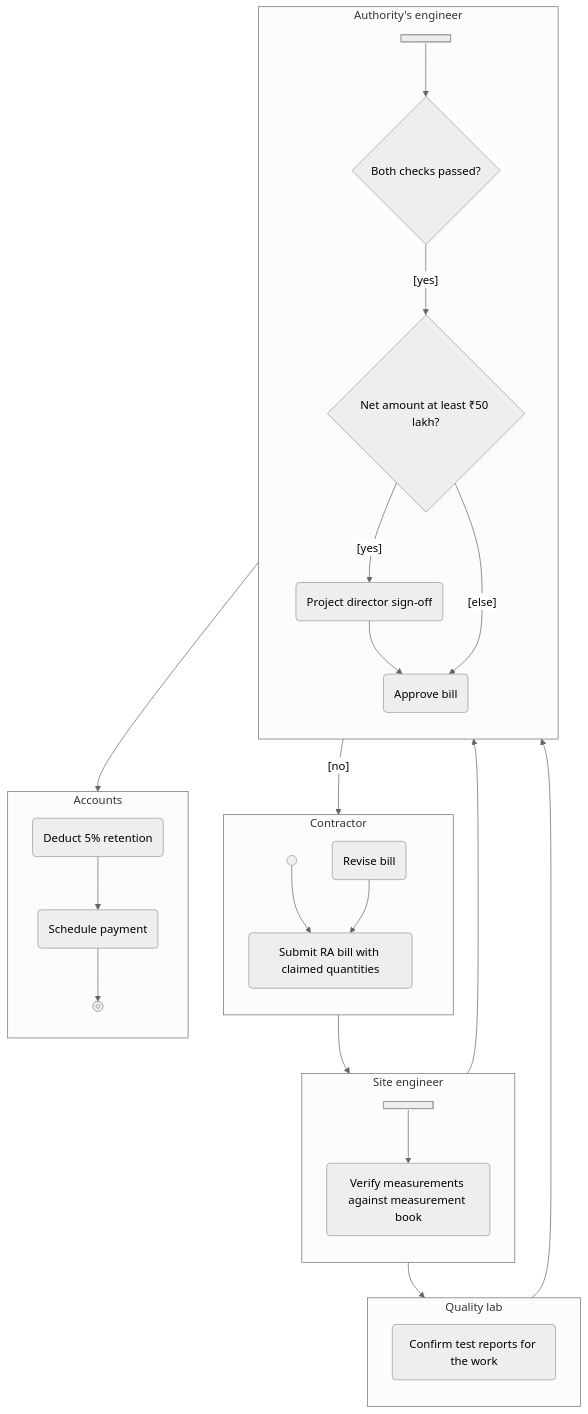
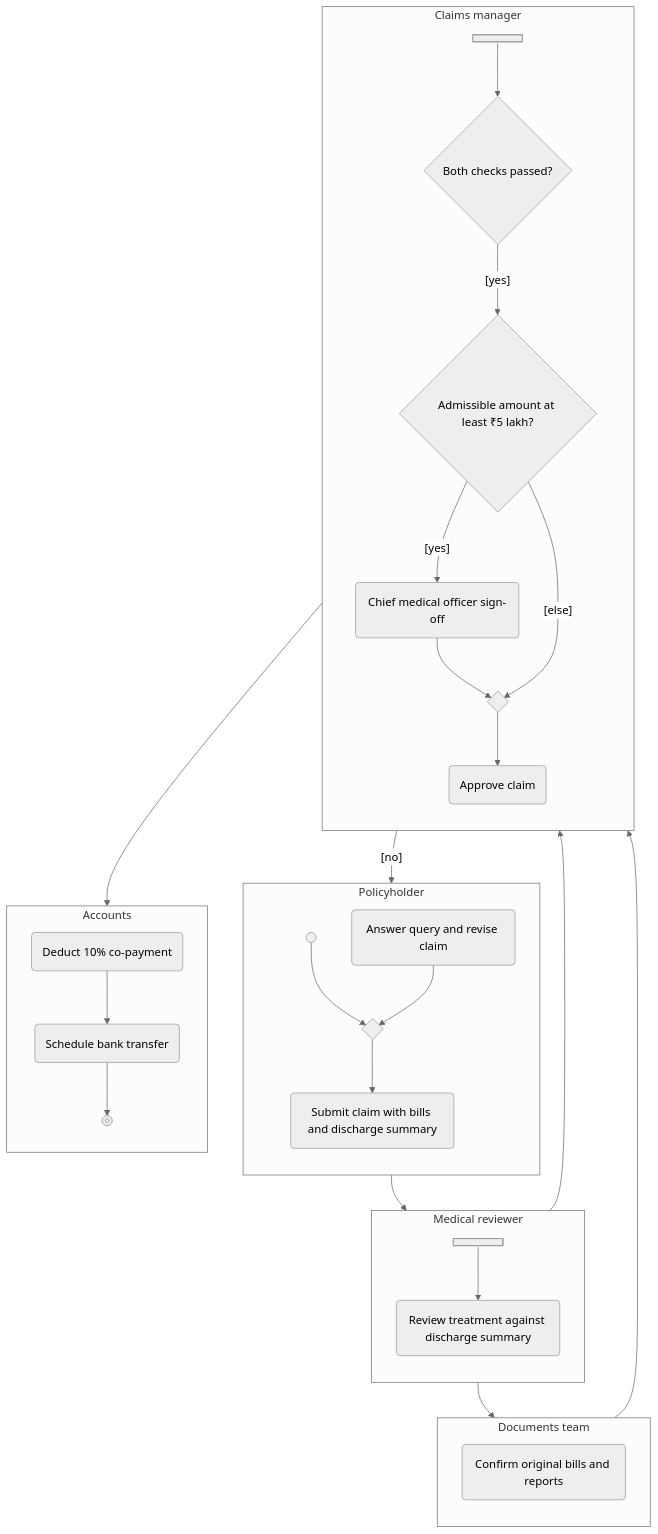
One commit to rizwi0786/system-design-lab changed the second of 8 diagrams in content/lessons/m05/m05-activity-diagrams.md. Above: the diagram before and after it, drawn with Mermaid (neutral theme). The commit also changed other lines of this file and 334 other files, not shown here.

````diff
--- a/content/lessons/m05/m05-activity-diagrams.md
+++ b/content/lessons/m05/m05-activity-diagrams.md
@@ -264,45 +266,47 @@
 ```mermaid
 flowchart TD
-    subgraph contractor["Contractor"]
+    subgraph holder["Policyholder"]
         direction TB
         start@{ shape: sm-circ }
-        submit("Submit RA bill with claimed quantities")
-        revise("Revise bill")
+        mSubmit{" "}
+        submit("Submit claim with bills and discharge summary")
+        revise("Answer query and revise claim")
     end
-    subgraph site["Site engineer"]
+    subgraph medical["Medical reviewer"]
         direction TB
         forkChecks@{ shape: fork }
-        verify("Verify measurements against measurement book")
+        review("Review treatment against discharge summary")
     end
-    subgraph lab["Quality lab"]
+    subgraph docs["Documents team"]
         direction TB
-        tests("Confirm test reports for the work")
+        papers("Confirm original bills and reports")
     end
-    subgraph ae["Authority's engineer"]
+    subgraph manager["Claims manager"]
         direction TB
         joinChecks@{ shape: fork }
         ok{"Both checks passed?"}
-        big{"Net amount at least ₹50 lakh?"}
-        pd("Project director sign-off")
-        approve("Approve bill")
+        big{"Admissible amount at least ₹5 lakh?"}
+        cmo("Chief medical officer sign-off")
+        mApprove{" "}
+        approve("Approve claim")
     end
     subgraph accounts["Accounts"]
         direction TB
-        retention("Deduct 5% retention")
-        schedule("Schedule payment")
+        copay("Deduct 10% co-payment")
+        schedule("Schedule bank transfer")
         done@{ shape: framed-circle }
     end
-    start --> submit --> forkChecks
-    forkChecks --> verify
-    forkChecks --> tests
-    verify --> joinChecks
-    tests --> joinChecks
+    start --> mSubmit --> submit --> forkChecks
+    forkChecks --> review
+    forkChecks --> papers
+    review --> joinChecks
+    papers --> joinChecks
     joinChecks --> ok
     ok -->|"[no]"| revise
-    revise --> submit
+    revise --> mSubmit
     ok -->|"[yes]"| big
-    big -->|"[yes]"| pd
-    pd --> approve
-    big -->|"[else]"| approve
-    approve --> retention --> schedule --> done
+    big -->|"[yes]"| cmo
+    cmo --> mApprove
+    big -->|"[else]"| mApprove
+    mApprove --> approve --> copay --> schedule --> done
 ```
````
